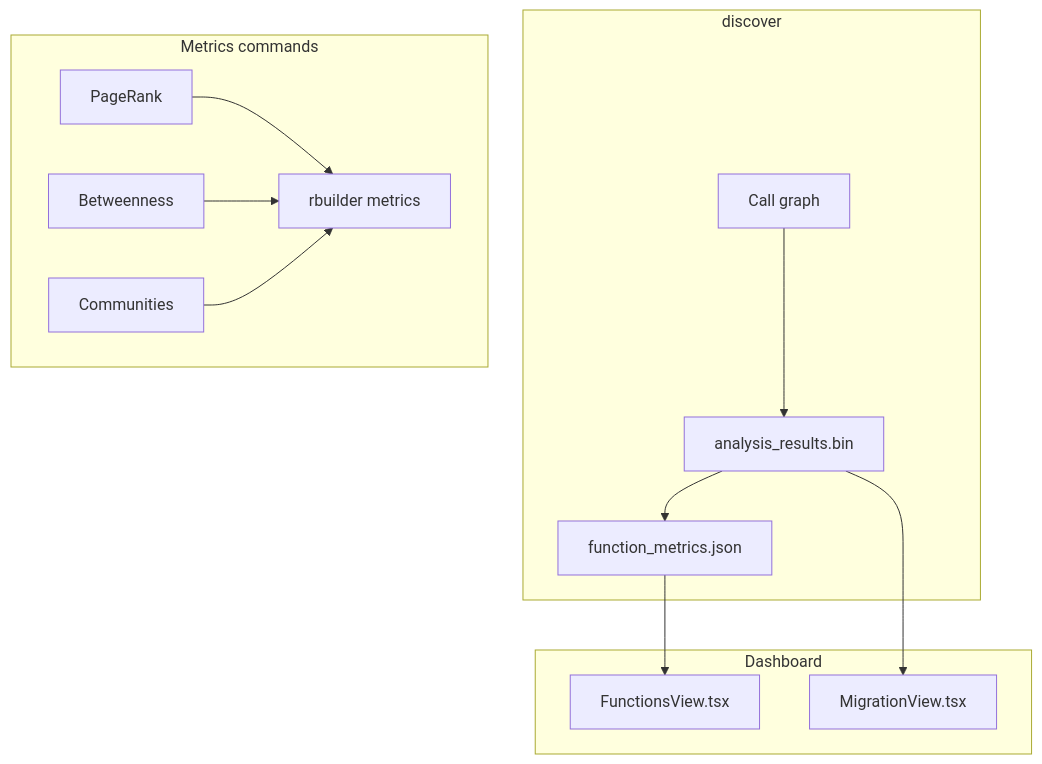
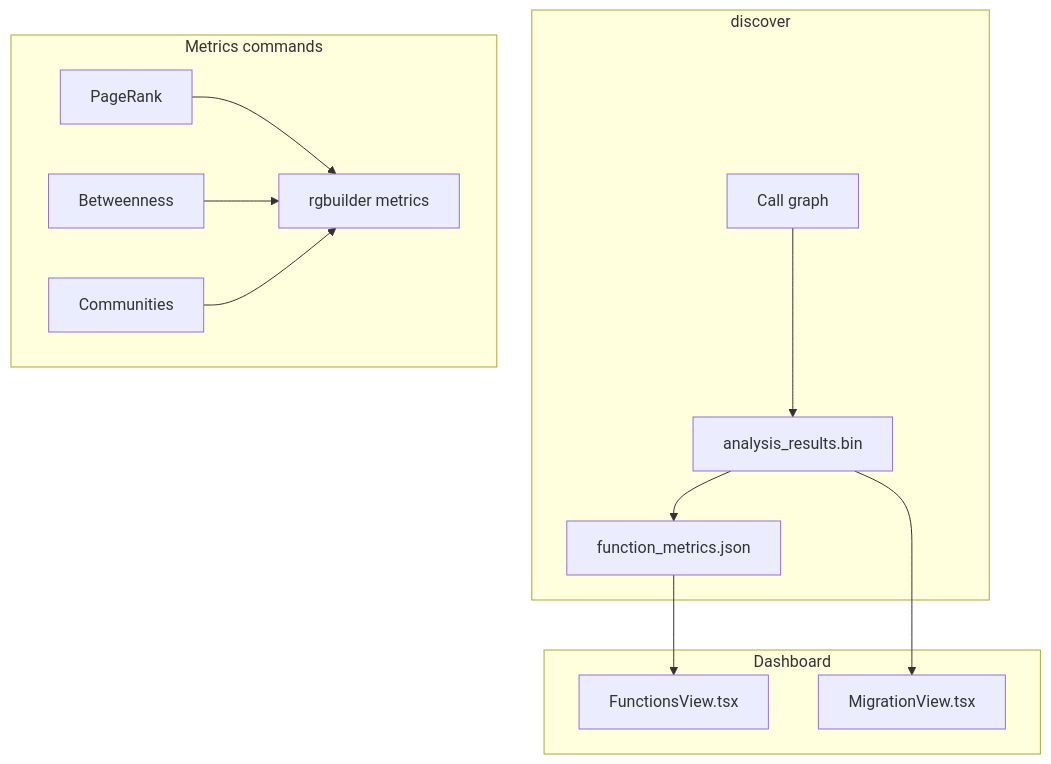
One commit to l3acon/rgctl changed the diagram in docs/design/graph-metrics-design.md. Above: the diagram before and after it, drawn with Mermaid. The commit also changed other lines of this file and 1908 other files, not shown here.

````diff
--- a/docs/design/graph-metrics-design.md
+++ b/docs/design/graph-metrics-design.md
@@ -24,27 +24,27 @@
 ```mermaid
 flowchart TB
   subgraph discover["discover"]
     G[Call graph]
     AR[analysis_results.bin]
     FM[function_metrics.json]
     G --> AR
     AR --> FM
   end
 
   subgraph metrics["Metrics commands"]
     PR[PageRank]
     BC[Betweenness]
     COM[Communities]
-    CLI[rbuilder metrics]
+    CLI[rgbuilder metrics]
     PR --> CLI
     BC --> CLI
     COM --> CLI
   end
 
   subgraph ui["Dashboard"]
     FV[FunctionsView.tsx]
     MV[MigrationView.tsx]
     FM --> FV
     AR --> MV
   end
 ```
````
